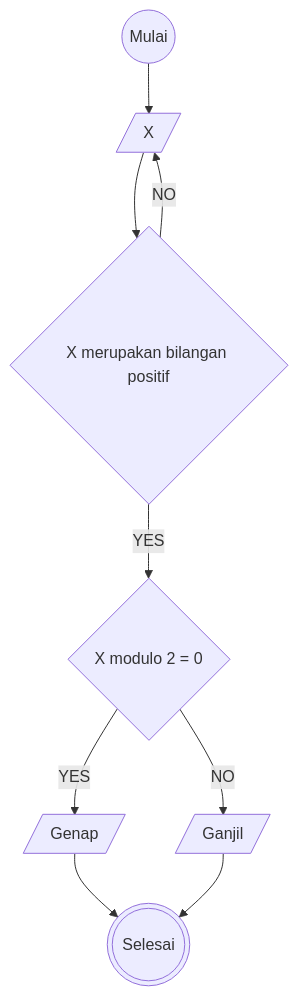
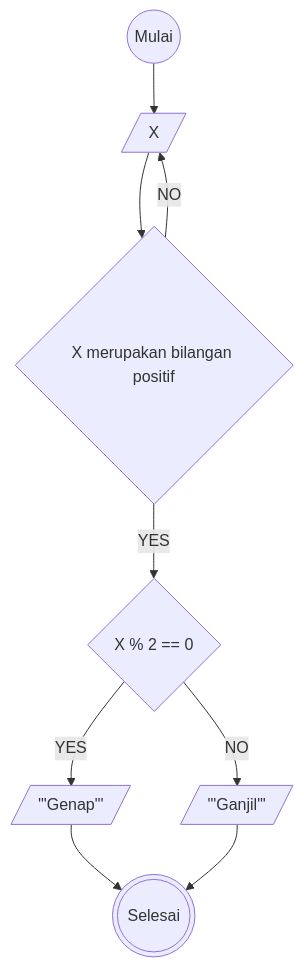
The diagram in minitask-ganjil-genap.md (mdavindarinaldy/fgo24-algoritma), drawn with Mermaid before and after one commit.

````diff
--- a/minitask-ganjil-genap.md
+++ b/minitask-ganjil-genap.md
@@ -17,16 +17,16 @@
 ```mermaid
 flowchart TD
 A((Mulai))
 B[/X/]
 C{X merupakan bilangan positif}
-D{X modulo 2 = 0}
-E[/"Genap"/]
-F[/"Ganjil"/]
+D{X % 2 == 0}
+E[/'"Genap"'/]
+F[/'"Ganjil"'/]
 G(((Selesai)))
 
 A --> B --> C --YES--> D
 C --NO--> B
 D --YES--> E
 D --NO--> F
 E & F --> G
 ```
````
